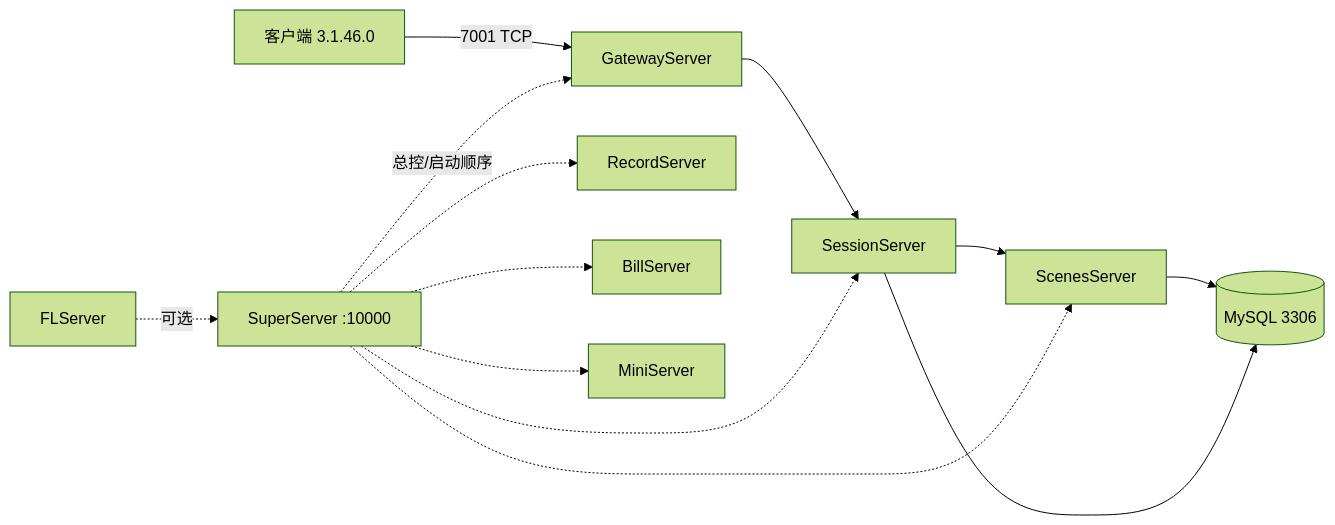
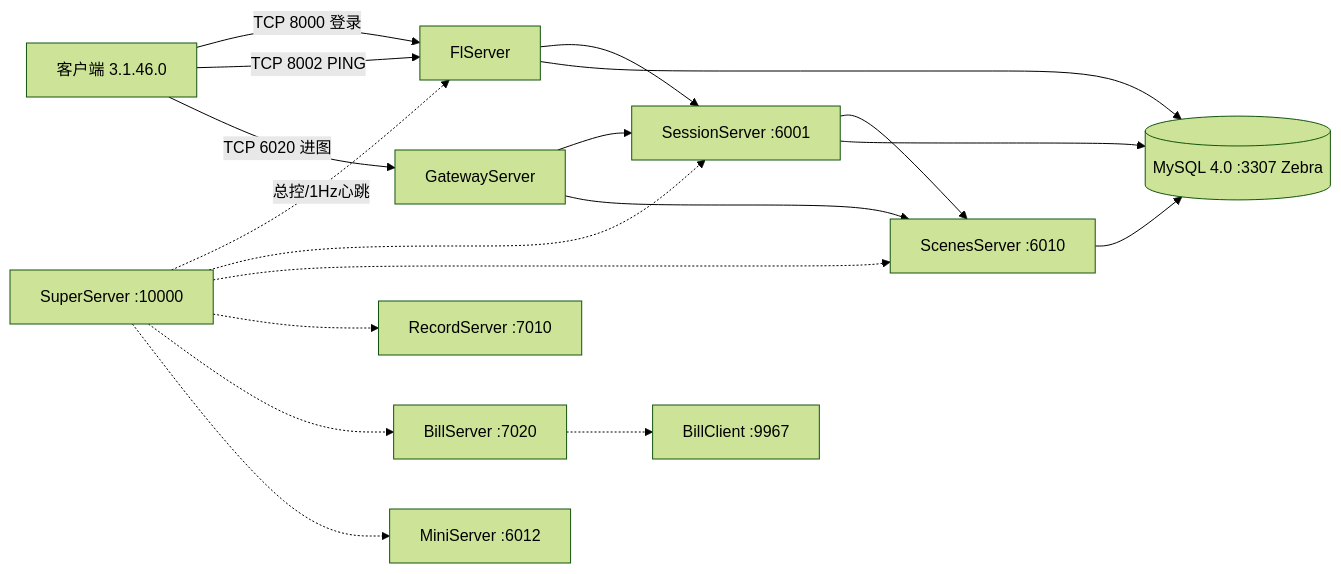
One commit to taoxulove1/zhengtgf changed the diagram in docs/architecture.md. Above: the diagram before and after it, drawn with Mermaid (forest theme). The commit also changed other lines of this file and 15 other files, not shown here.

````diff
--- a/docs/architecture.md
+++ b/docs/architecture.md
@@ -5,15 +7,20 @@
 ```mermaid
 graph LR
-    C[客户端 3.1.46.0] -->|7001 TCP| GW[GatewayServer]
-    GW --> SS[SessionServer]
-    SS --> SC[ScenesServer]
-    SC --> DB[(MySQL 3306)]
-    SS --> DB
-    SU[SuperServer :10000] -.总控/启动顺序.-> GW
-    SU -.-> SS
+    C[客户端 3.1.46.0] -->|TCP 8000 登录| FL[FlServer]
+    C -->|TCP 8002 PING| FL
+    C -->|TCP 6020 进图| GW[GatewayServer]
+    FL --> SR[SessionServer :6001]
+    SR --> SC[ScenesServer :6010]
+    GW --> SR
+    GW --> SC
+    SC --> DB[(MySQL 4.0 :3307 Zebra)]
+    FL --> DB
+    SR --> DB
+    SU[SuperServer :10000] -.总控/1Hz心跳.-> FL
+    SU -.-> SR
     SU -.-> SC
-    SU -.-> RS[RecordServer]
-    SU -.-> BS[BillServer]
-    SU -.-> MS[MiniServer]
-    FL[FLServer] -.可选.-> SU
+    SU -.-> RS[RecordServer :7010]
+    SU -.-> BS[BillServer :7020]
+    SU -.-> MS[MiniServer :6012]
+    BS -.-> BC[BillClient :9967]
 ```
````
